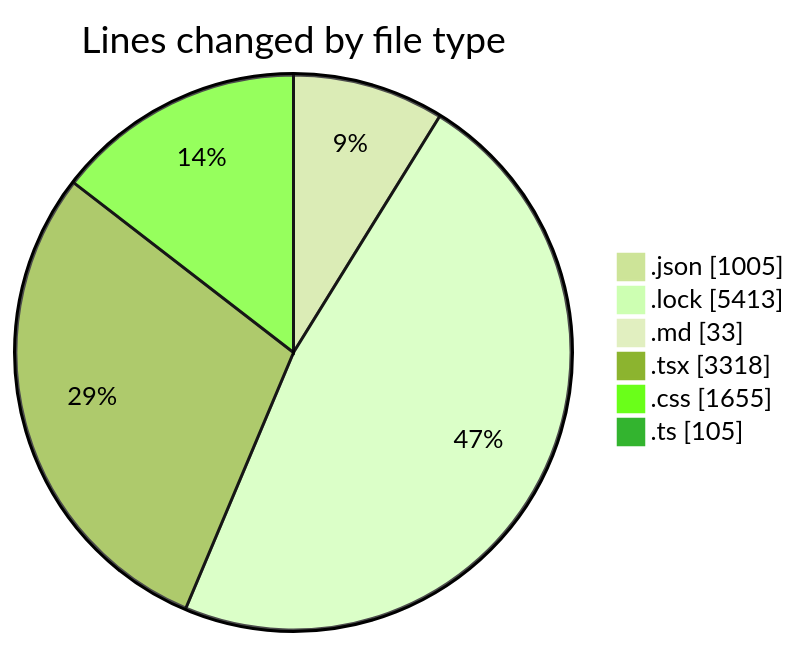
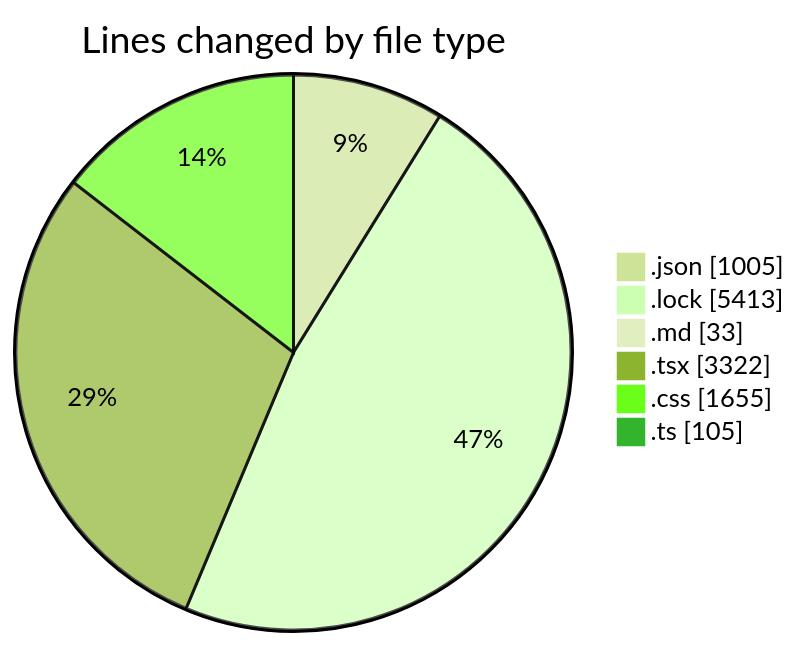
One commit to EIIisD/code-tracking changed the first of 2 diagrams in 2025-08-11/ribbon/README.md. Above: the diagram before and after it, drawn with Mermaid (forest theme). The commit also changed other lines of this file and 1 other file, not shown here.

````diff
--- a/2025-08-11/ribbon/README.md
+++ b/2025-08-11/ribbon/README.md
@@ -45,10 +45,10 @@
 ```mermaid
 pie showData
 title Lines changed by file type
 ".json" : 1005
 ".lock" : 5413
 ".md" : 33
-".tsx" : 3318
+".tsx" : 3322
 ".css" : 1655
 ".ts" : 105
 ```
````
